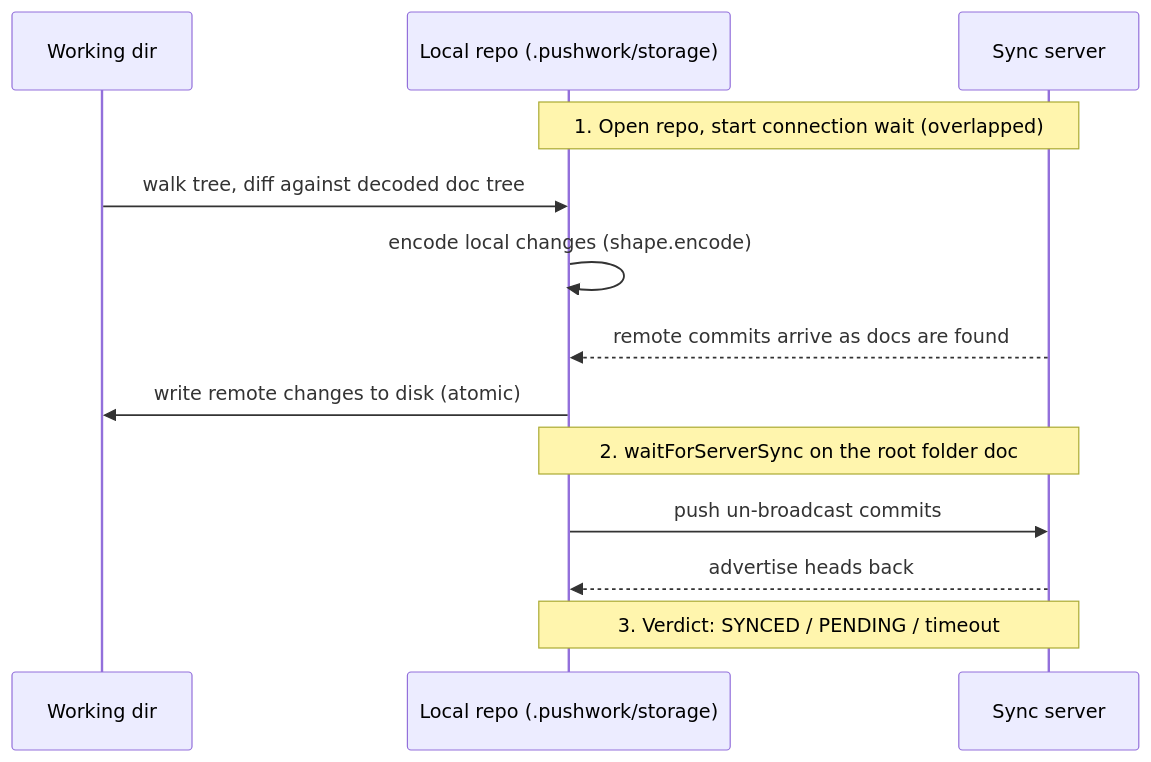
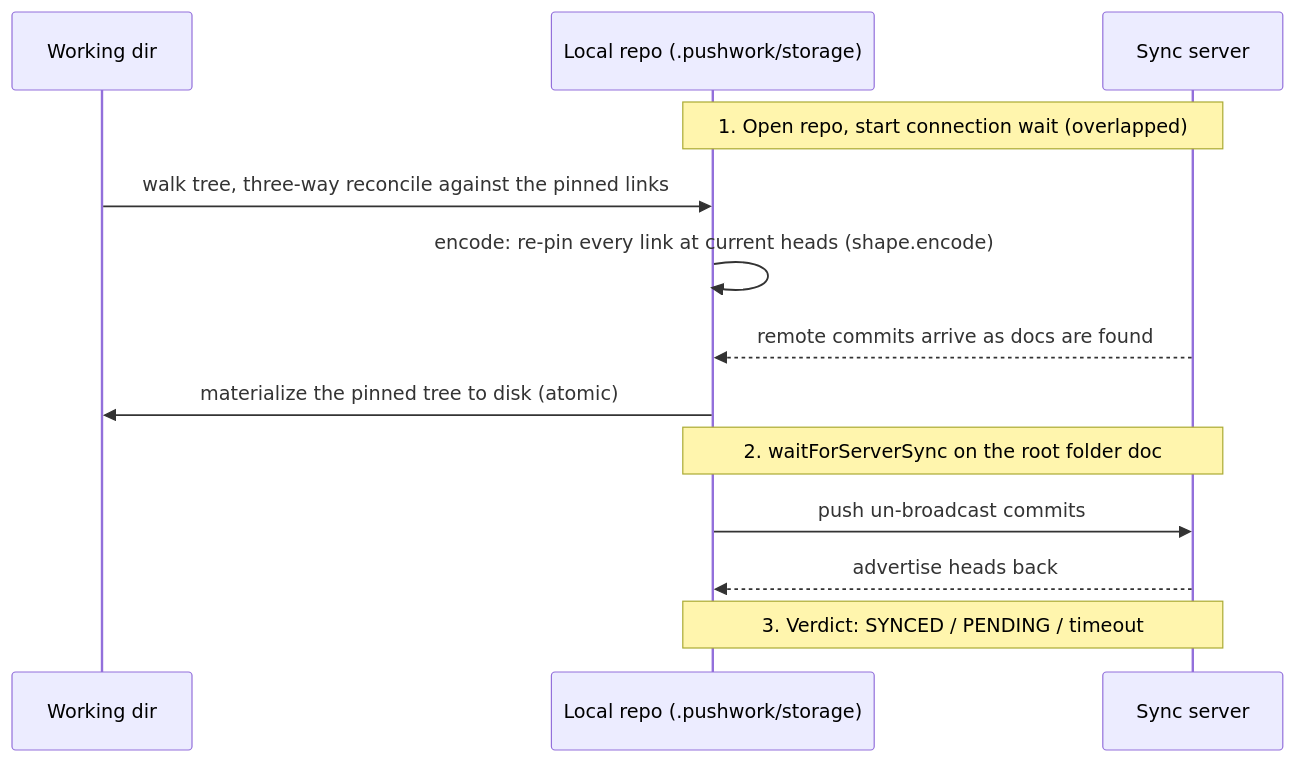
One commit to inkandswitch/pushwork changed the diagram in design/sync.md. Above: the diagram before and after it, drawn with Mermaid. The commit also changed other lines of this file and 13 other files, not shown here.

First line of the commit message:
Pin every link; the pin is the merge base

````diff
--- a/design/sync.md
+++ b/design/sync.md
@@ -7,16 +7,16 @@
 ```mermaid
 sequenceDiagram
     participant W as Working dir
     participant L as Local repo (.pushwork/storage)
     participant S as Sync server
 
     Note over L,S: 1. Open repo, start connection wait (overlapped)
-    W->>L: walk tree, diff against decoded doc tree
-    L->>L: encode local changes (shape.encode)
+    W->>L: walk tree, three-way reconcile against the pinned links
+    L->>L: encode: re-pin every link at current heads (shape.encode)
     S-->>L: remote commits arrive as docs are found
-    L->>W: write remote changes to disk (atomic)
+    L->>W: materialize the pinned tree to disk (atomic)
     Note over L,S: 2. waitForServerSync on the root folder doc
     L->>S: push un-broadcast commits
     S-->>L: advertise heads back
     Note over L,S: 3. Verdict: SYNCED / PENDING / timeout
 ```
````
